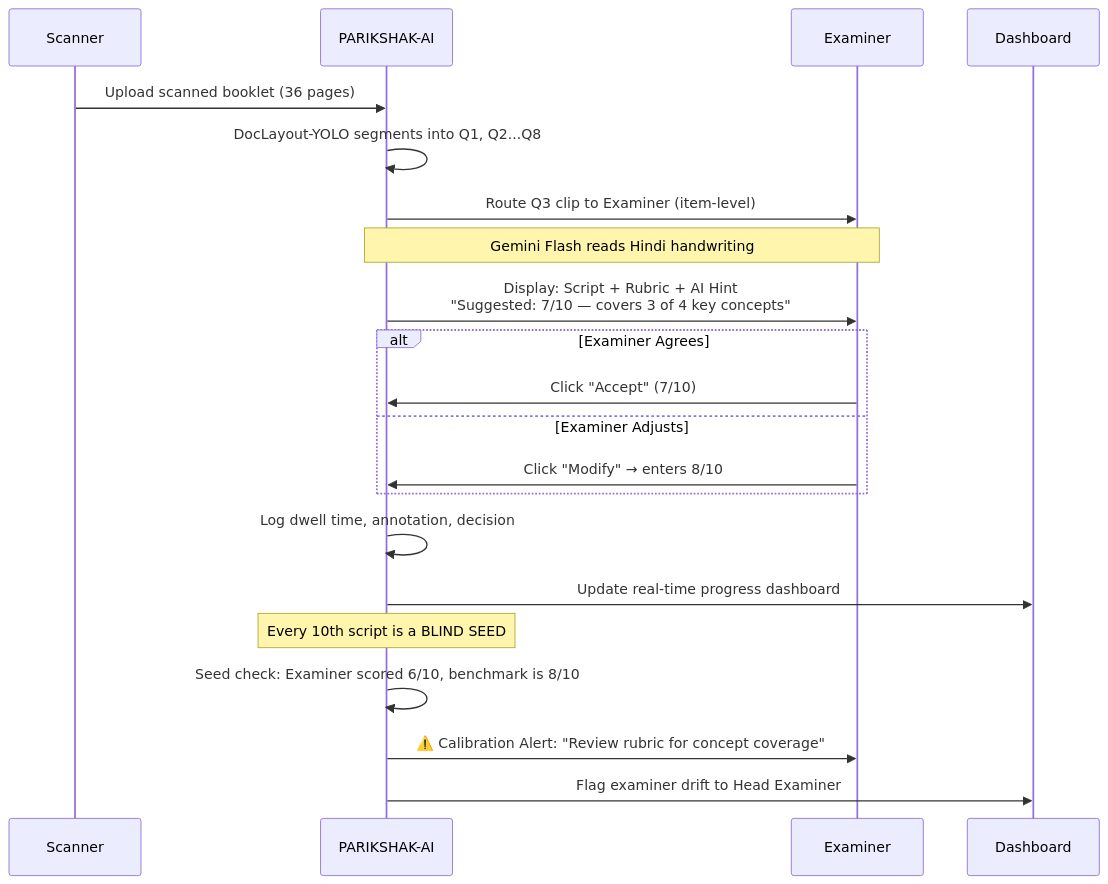
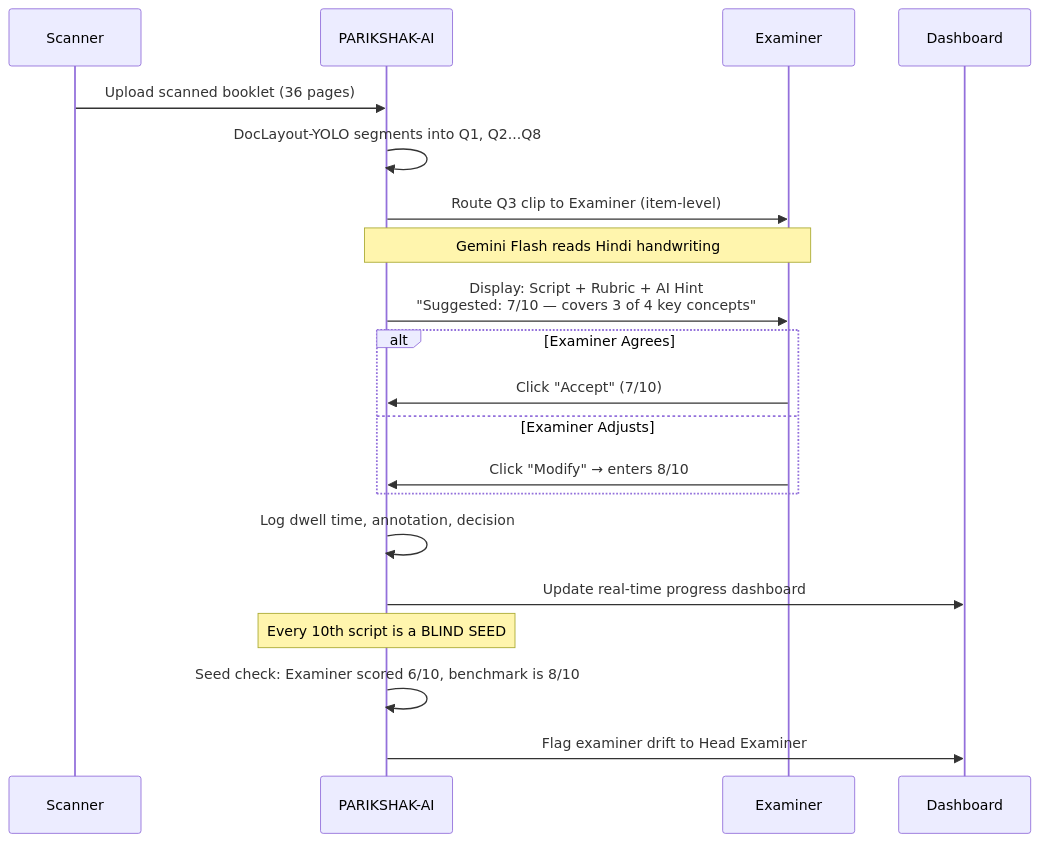
Before and after one commit to nishchaydev/Mphack: the fifth of 6 diagrams in PRESENTATION_CONTENT.md, drawn with Mermaid. The commit also changed other lines of this file and 69 other files, not shown here.

````diff
--- a/PRESENTATION_CONTENT.md
+++ b/PRESENTATION_CONTENT.md
@@ -338,30 +340,29 @@
 ```mermaid
 sequenceDiagram
     participant S as Scanner
     participant P as PARIKSHAK-AI
     participant E as Examiner
     participant D as Dashboard
 
     S->>P: Upload scanned booklet (36 pages)
     P->>P: DocLayout-YOLO segments into Q1, Q2...Q8
     P->>E: Route Q3 clip to Examiner (item-level)
     
     Note over P,E: Gemini Flash reads Hindi handwriting
     
     P->>E: Display: Script + Rubric + AI Hint<br/>"Suggested: 7/10 — covers 3 of 4 key concepts"
     
     alt Examiner Agrees
         E->>P: Click "Accept" (7/10)
     else Examiner Adjusts
         E->>P: Click "Modify" → enters 8/10
     end
     
     P->>P: Log dwell time, annotation, decision
     P->>D: Update real-time progress dashboard
     
     Note over P: Every 10th script is a BLIND SEED
     
     P->>P: Seed check: Examiner scored 6/10, benchmark is 8/10
-    P->>E: ⚠️ Calibration Alert: "Review rubric for concept coverage"
     P->>D: Flag examiner drift to Head Examiner
 ```
````
